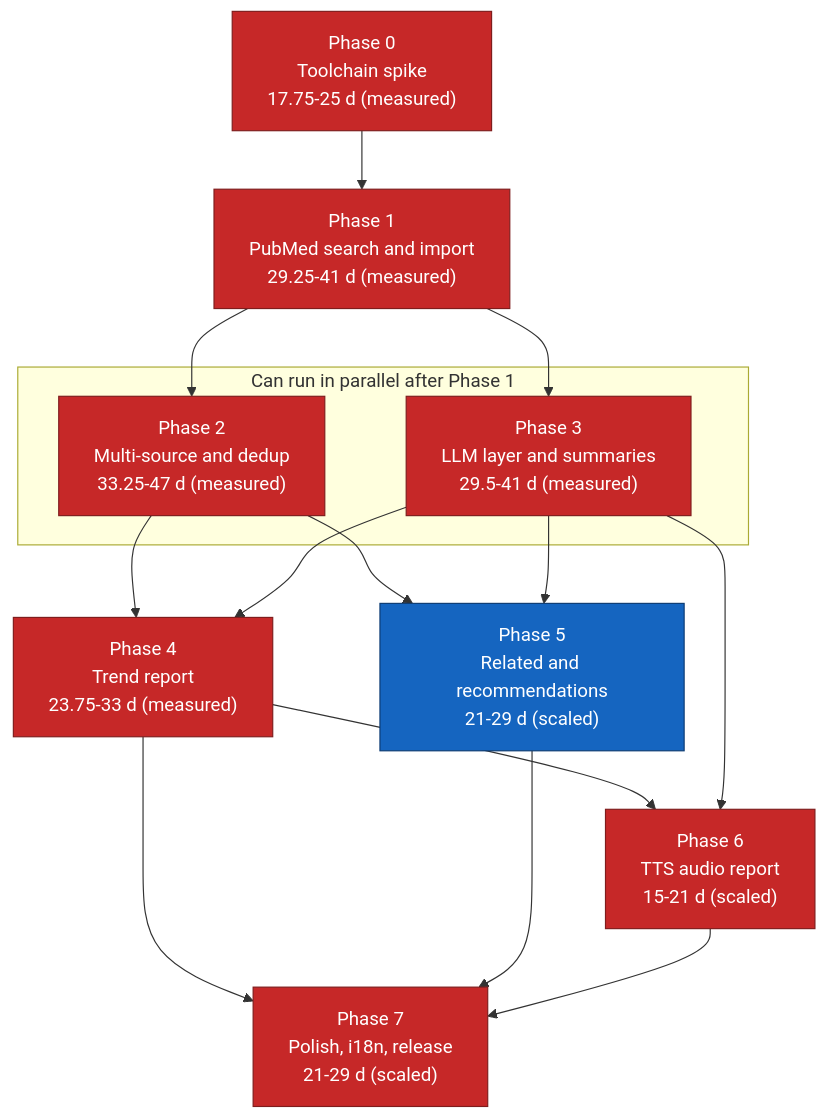
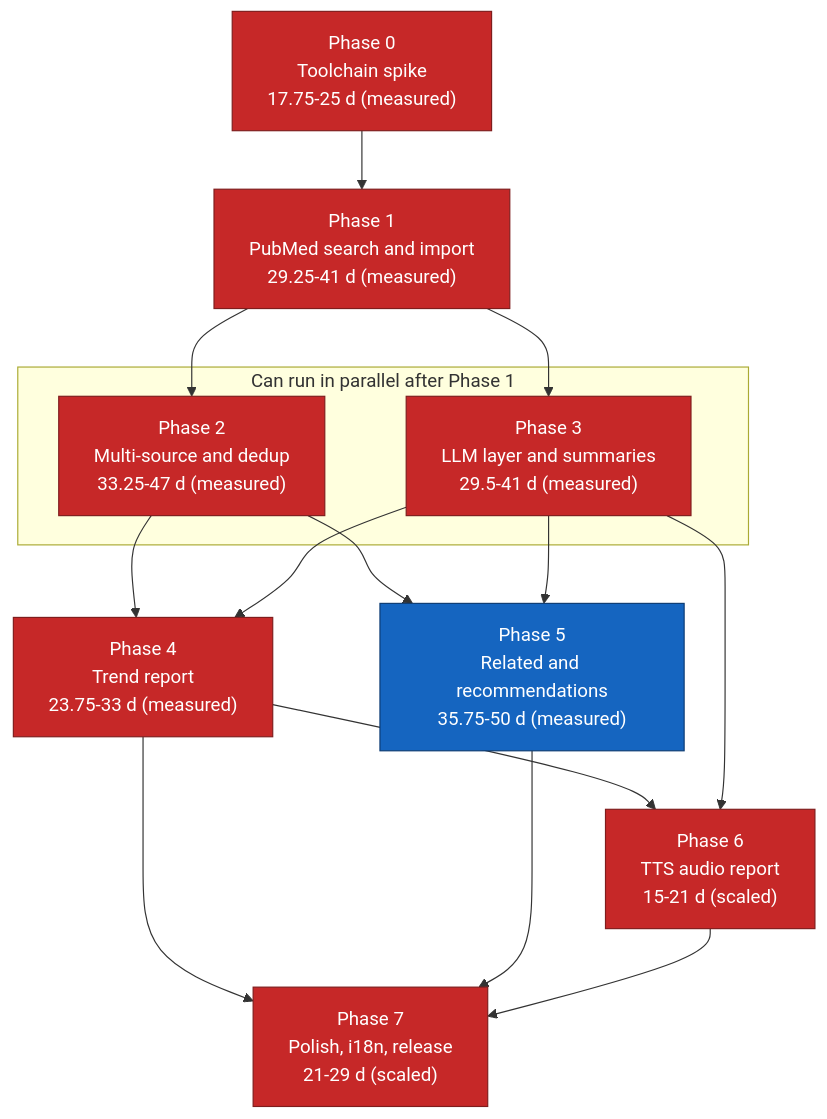
One commit to suppakoko/research_helper changed the diagram in docs/11-implementation-roadmap.md. Above: the diagram before and after it, drawn with Mermaid. The commit also changed other lines of this file and 12 other files, not shown here.

````diff
--- a/docs/11-implementation-roadmap.md
+++ b/docs/11-implementation-roadmap.md
@@ -326,34 +326,34 @@
 ```mermaid
 graph TD
     P0["Phase 0<br/>Toolchain spike<br/>17.75-25 d (measured)"]
     P1["Phase 1<br/>PubMed search and import<br/>29.25-41 d (measured)"]
     P2["Phase 2<br/>Multi-source and dedup<br/>33.25-47 d (measured)"]
     P3["Phase 3<br/>LLM layer and summaries<br/>29.5-41 d (measured)"]
     P4["Phase 4<br/>Trend report<br/>23.75-33 d (measured)"]
-    P5["Phase 5<br/>Related and recommendations<br/>21-29 d (scaled)"]
+    P5["Phase 5<br/>Related and recommendations<br/>35.75-50 d (measured)"]
     P6["Phase 6<br/>TTS audio report<br/>15-21 d (scaled)"]
     P7["Phase 7<br/>Polish, i18n, release<br/>21-29 d (scaled)"]
 
     P0 --> P1
     P1 --> P2
     P1 --> P3
     P2 --> P4
     P3 --> P4
     P2 --> P5
     P3 --> P5
     P4 --> P6
     P3 --> P6
     P4 --> P7
     P5 --> P7
     P6 --> P7
 
     subgraph parallel["Can run in parallel after Phase 1"]
         P2
         P3
     end
 
     classDef critical fill:#c62828,stroke:#7f1d1d,color:#ffffff
     classDef normal fill:#1565c0,stroke:#0d3c73,color:#ffffff
     class P0,P1,P2,P3,P4,P6,P7 critical
     class P5 normal
 ```
````
